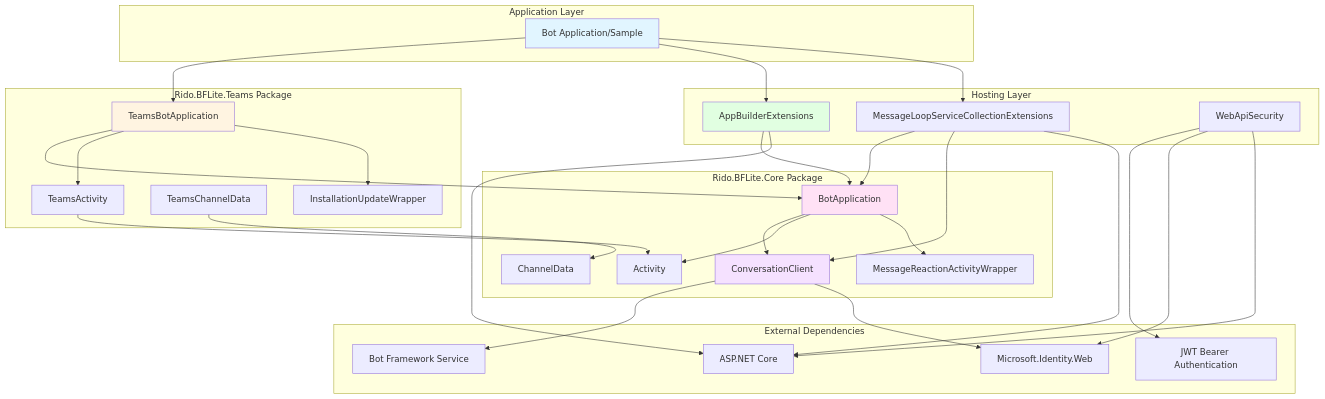
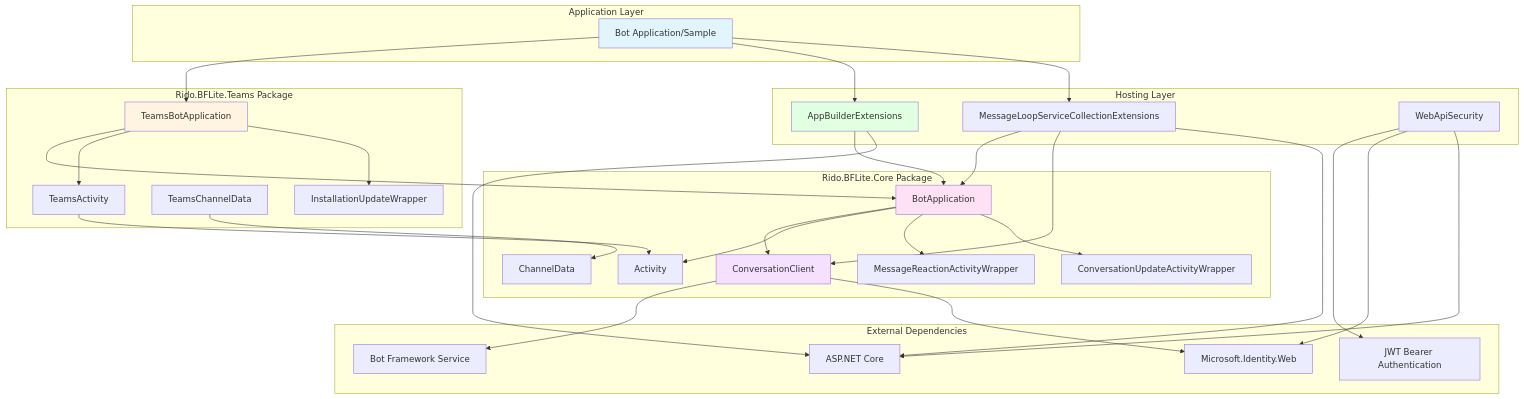
The first of 10 diagrams in docs/ARCHITECTURE.md (agnte/Rido.BFLite), drawn with Mermaid before and after one commit. The commit also changed other lines of this file, not shown here.

Commit message:
Update architecture diagrams to match current implementation - add ConversationUpdate support

````diff
--- a/docs/ARCHITECTURE.md
+++ b/docs/ARCHITECTURE.md
@@ -23,69 +23,71 @@
 ```mermaid
 graph TB
     subgraph "Application Layer"
         App[Bot Application/Sample]
     end
 
     subgraph "Rido.BFLite.Teams Package"
         TBA[TeamsBotApplication]
         TA[TeamsActivity]
         TCD[TeamsChannelData]
         IUW[InstallationUpdateWrapper]
     end
 
     subgraph "Rido.BFLite.Core Package"
         BA[BotApplication]
         CC[ConversationClient]
         A[Activity]
         CD[ChannelData]
         MRA[MessageReactionActivityWrapper]
+        CUA[ConversationUpdateActivityWrapper]
     end
 
     subgraph "Hosting Layer"
         ABE[AppBuilderExtensions]
         MSE[MessageLoopServiceCollectionExtensions]
         WAS[WebApiSecurity]
     end
 
     subgraph "External Dependencies"
         ASP[ASP.NET Core]
         MIW[Microsoft.Identity.Web]
         JWT[JWT Bearer Authentication]
         BF[Bot Framework Service]
     end
 
     App --> TBA
     App --> ABE
     App --> MSE
     
     TBA --> BA
     TBA --> TA
     TBA --> IUW
     
     TA --> A
     TCD --> CD
     
     BA --> CC
     BA --> A
     BA --> MRA
+    BA --> CUA
     
     ABE --> BA
     ABE --> ASP
     
     MSE --> BA
     MSE --> CC
     MSE --> ASP
     
     WAS --> JWT
     WAS --> MIW
     WAS --> ASP
     
     CC --> BF
     CC --> MIW
     
     style App fill:#e1f5ff
     style TBA fill:#fff4e1
     style BA fill:#ffe1f5
     style CC fill:#f5e1ff
     style ABE fill:#e1ffe1
 ```
````
